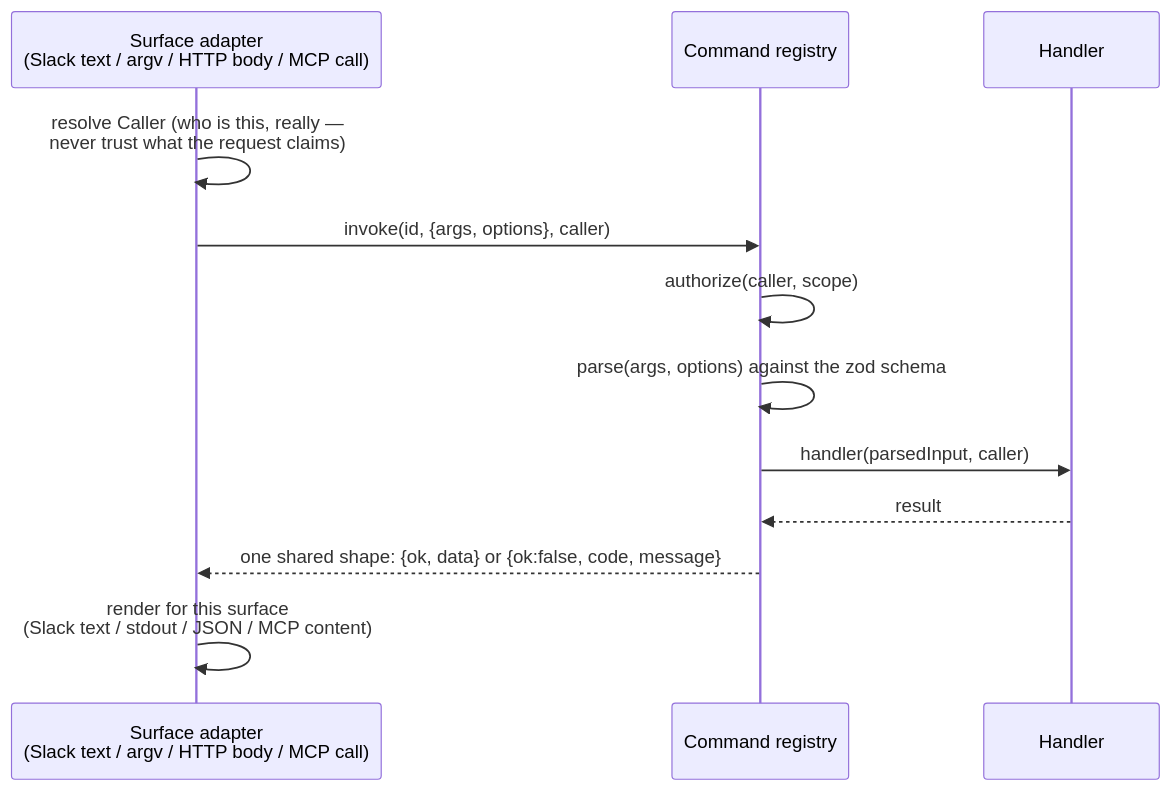
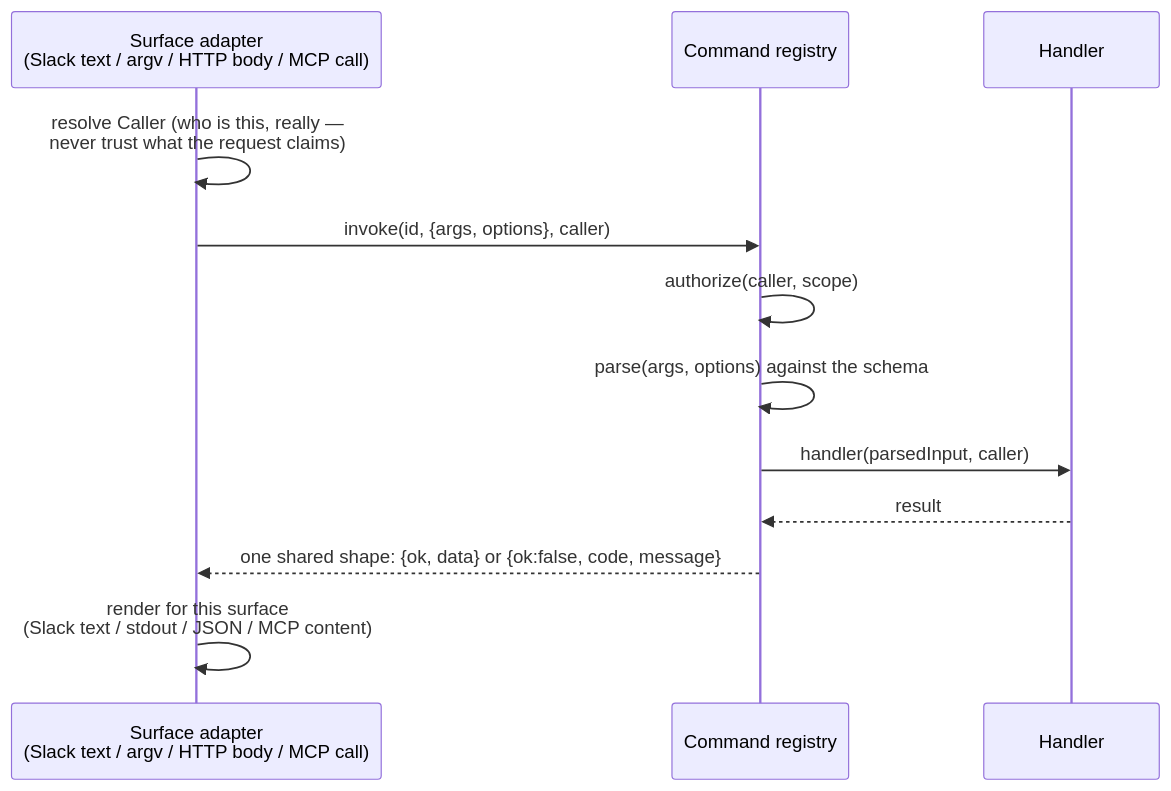
The second of 2 diagrams in docs/explanation/one-command-many-surfaces.md (coreplanelabs/switchboard), drawn with Mermaid before and after one commit. The commit also changed other lines of this file and 41 other files, not shown here.

````diff
--- a/docs/explanation/one-command-many-surfaces.md
+++ b/docs/explanation/one-command-many-surfaces.md
@@ -25,15 +25,15 @@
 ```mermaid
 sequenceDiagram
     participant Adapter as Surface adapter<br/>(Slack text / argv / HTTP body / MCP call)
     participant Reg as Command registry
     participant H as Handler
 
     Adapter->>Adapter: resolve Caller (who is this, really —<br/>never trust what the request claims)
     Adapter->>Reg: invoke(id, {args, options}, caller)
     Reg->>Reg: authorize(caller, scope)
-    Reg->>Reg: parse(args, options) against the zod schema
+    Reg->>Reg: parse(args, options) against the schema
     Reg->>H: handler(parsedInput, caller)
     H-->>Reg: result
     Reg-->>Adapter: one shared shape: {ok, data} or {ok:false, code, message}
     Adapter->>Adapter: render for this surface<br/>(Slack text / stdout / JSON / MCP content)
 ```
````
